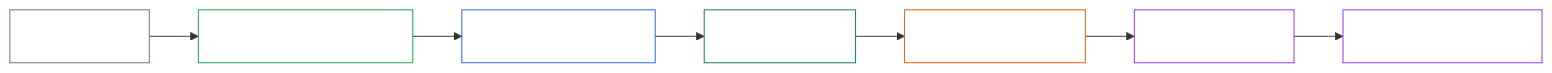
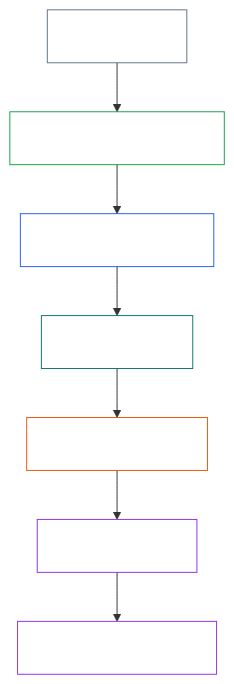
One commit to kfoelsch/Sentient_Constitution changed the diagram in project/VISION.md. Above: the diagram before and after it, drawn with Mermaid. The commit also changed 62 other files, not shown here.

````diff
--- a/project/VISION.md
+++ b/project/VISION.md
@@ -64,16 +64,16 @@
 ```mermaid
-flowchart LR
+flowchart TB
   L0[L0 drafted] --> L1[L1 regression green]
   L1 --> L2[L2 owner-aligned]
   L2 --> L3[L3 readable]
   L3 --> L4[L4 apply-tested]
   L4 --> L5[L5 field-used]
   L5 --> L6[L6 publication cut]
   style L0 fill:none,stroke:#64748b,color:#ffffff
   style L1 fill:none,stroke:#16a34a,color:#ffffff
   style L2 fill:none,stroke:#2563eb,color:#ffffff
   style L3 fill:none,stroke:#0f766e,color:#ffffff
   style L4 fill:none,stroke:#ea580c,color:#ffffff
   style L5 fill:none,stroke:#9333ea,color:#ffffff
   style L6 fill:none,stroke:#9333ea,color:#ffffff
 ```
````
